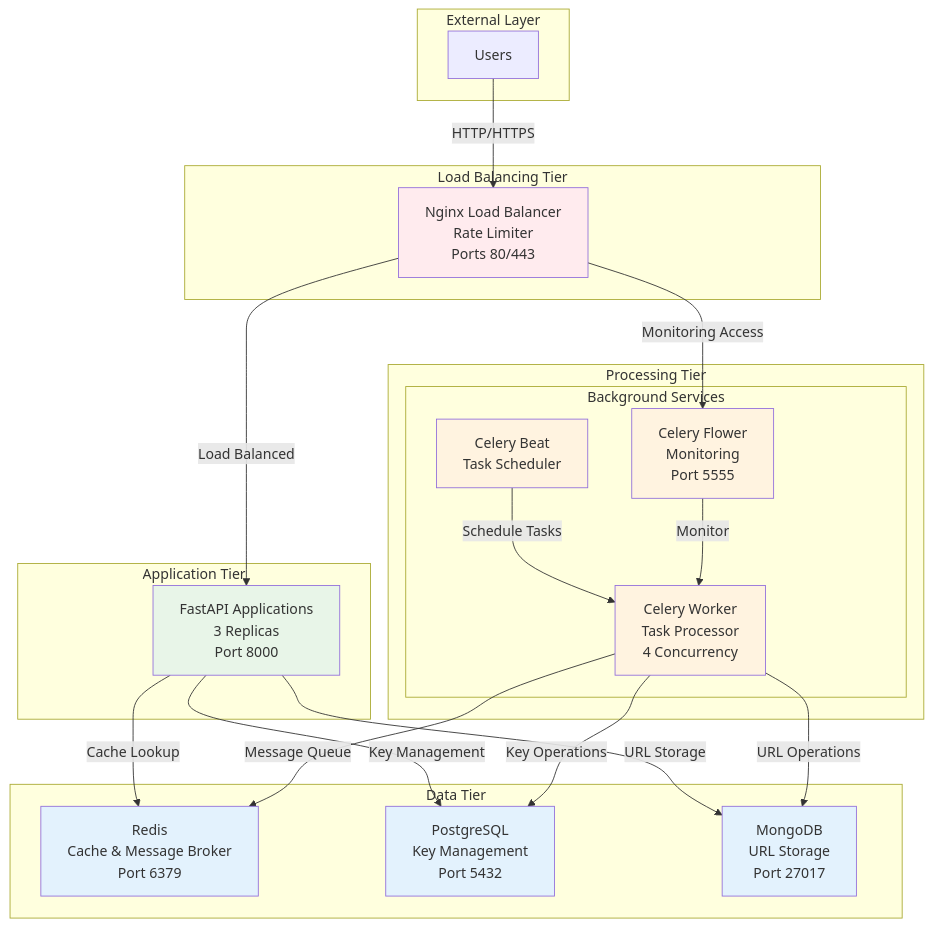
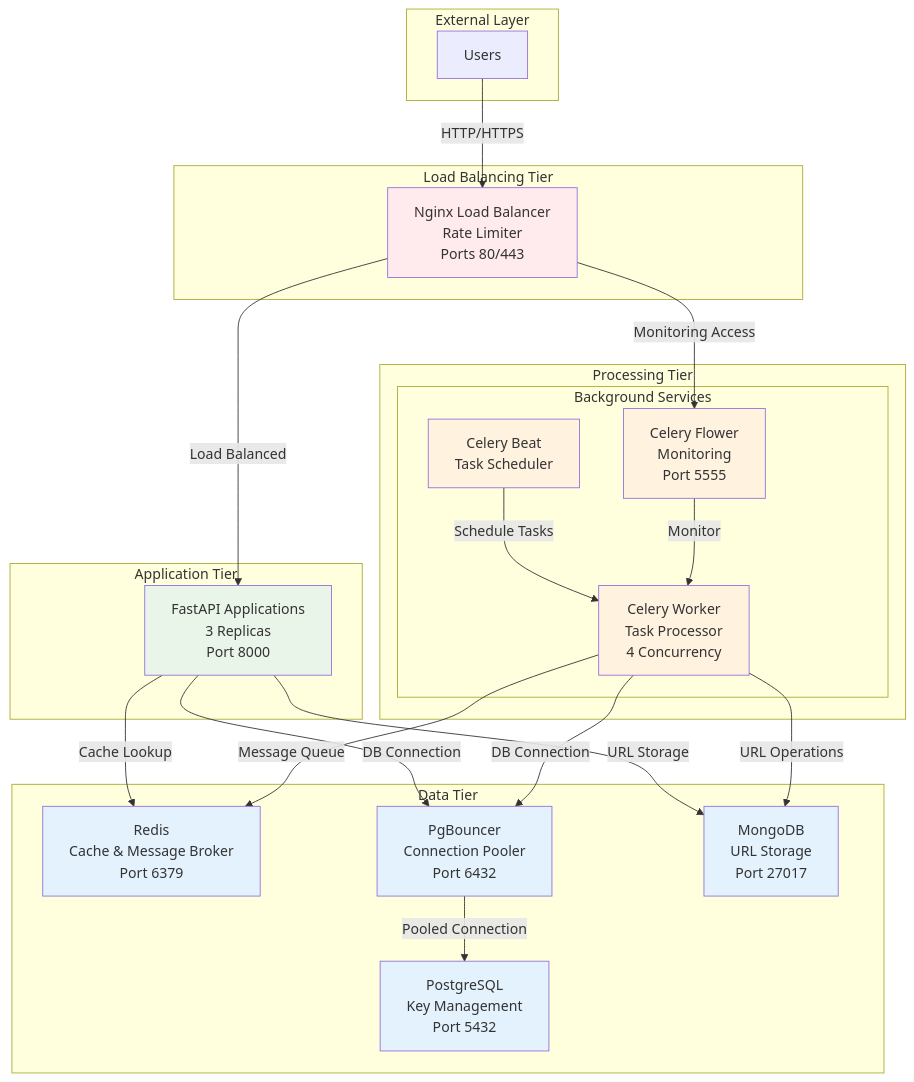
The first of 2 diagrams in README.md (kaziiriad/url-shortener-scalable), drawn with Mermaid before and after one commit. The commit also changed other lines of this file and 13 other files, not shown here.

Commit message:
feat: Add PgBouncer for connection pooling

````diff
--- a/README.md
+++ b/README.md
@@ -23,57 +24,59 @@
 ```mermaid
 graph TD
     subgraph "External Layer"
         U[Users]
     end
 
     subgraph "Load Balancing Tier"
         H[Nginx Load Balancer<br/>Rate Limiter<br/>Ports 80/443]
     end
 
     subgraph "Application Tier"
         A[FastAPI Applications<br/>3 Replicas<br/>Port 8000]
     end
 
     subgraph "Processing Tier"
         subgraph "Background Services"
             F[Celery Beat<br/>Task Scheduler]
             E[Celery Worker<br/>Task Processor<br/>4 Concurrency]
             G[Celery Flower<br/>Monitoring<br/>Port 5555]
         end
     end
 
     subgraph "Data Tier"
         B[Redis<br/>Cache & Message Broker<br/>Port 6379]
+        P[PgBouncer<br/>Connection Pooler<br/>Port 6432]
         C[PostgreSQL<br/>Key Management<br/>Port 5432]
         D[MongoDB<br/>URL Storage<br/>Port 27017]
     end
 
     %% User Traffic Flow
     U -->|HTTP/HTTPS| H
     H -->|Load Balanced| A
     H -->|Monitoring Access| G
 
     %% Application Data Access
     A -->|Cache Lookup| B
-    A -->|Key Management| C
+    A -->|DB Connection| P
+    P -->|Pooled Connection| C
     A -->|URL Storage| D
 
     %% Background Processing Flow
     F -->|Schedule Tasks| E
     E -->|Message Queue| B
-    E -->|Key Operations| C
+    E -->|DB Connection| P
     E -->|URL Operations| D
     G -->|Monitor| E
 
     %% Styling for clarity
     classDef loadTier fill:#ffebee
     classDef appTier fill:#e8f5e8
     classDef processTier fill:#fff3e0
     classDef dataTier fill:#e3f2fd
     
     class U external
     class H loadTier
     class A appTier
     class F,E,G processTier
-    class B,C,D dataTier
+    class B,C,D,P dataTier
 ```
````
